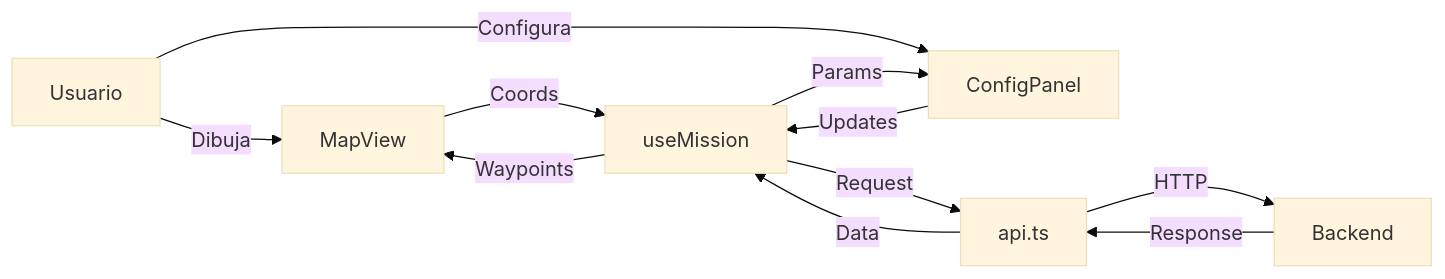
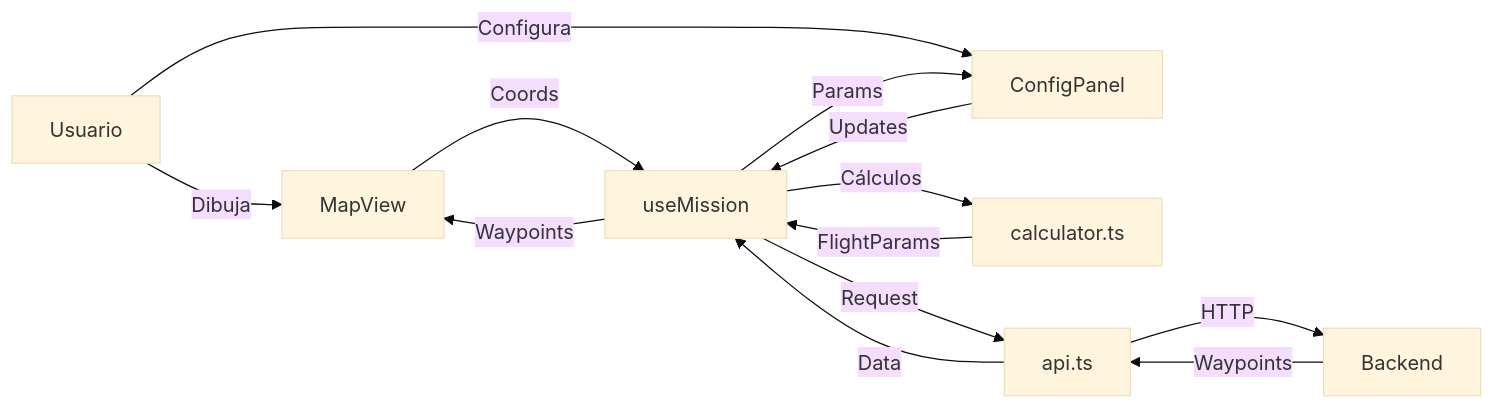
One commit to geoai-latam/WaypointsDJI changed the third of 3 diagrams in geoflight/frontend/README.md. Above: the diagram before and after it, drawn with Mermaid (base theme). The commit also changed other lines of this file and 2 other files, not shown here.

````diff
--- a/geoflight/frontend/README.md
+++ b/geoflight/frontend/README.md
@@ -273,17 +338,20 @@
 ```mermaid
 flowchart LR
     USER["Usuario"] -->|Dibuja| MAP["MapView"]
     MAP -->|Coords| HOOK["useMission"]
 
     USER -->|Configura| CONFIG["ConfigPanel"]
     CONFIG -->|Updates| HOOK
 
+    HOOK -->|Cálculos| CALC["calculator.ts"]
+    CALC -->|FlightParams| HOOK
+
     HOOK -->|Request| API["api.ts"]
     API -->|HTTP| BACKEND["Backend"]
 
-    BACKEND -->|Response| API
+    BACKEND -->|Waypoints| API
     API -->|Data| HOOK
 
     HOOK -->|Waypoints| MAP
     HOOK -->|Params| CONFIG
 ```
````
